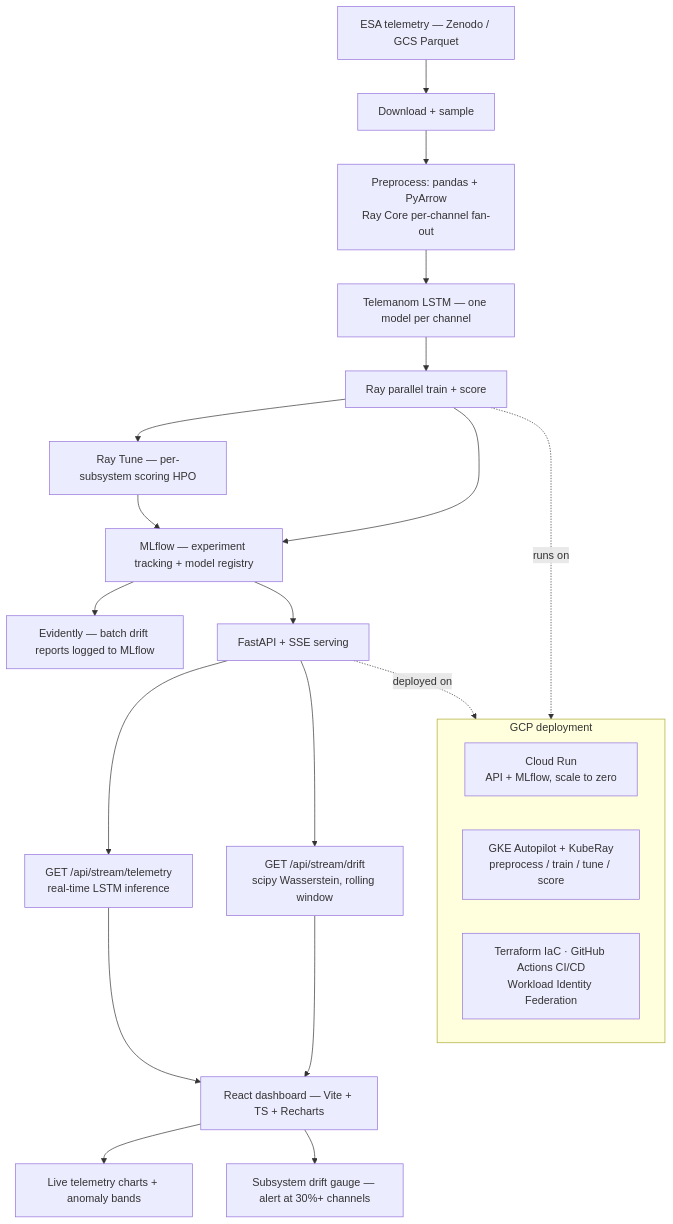
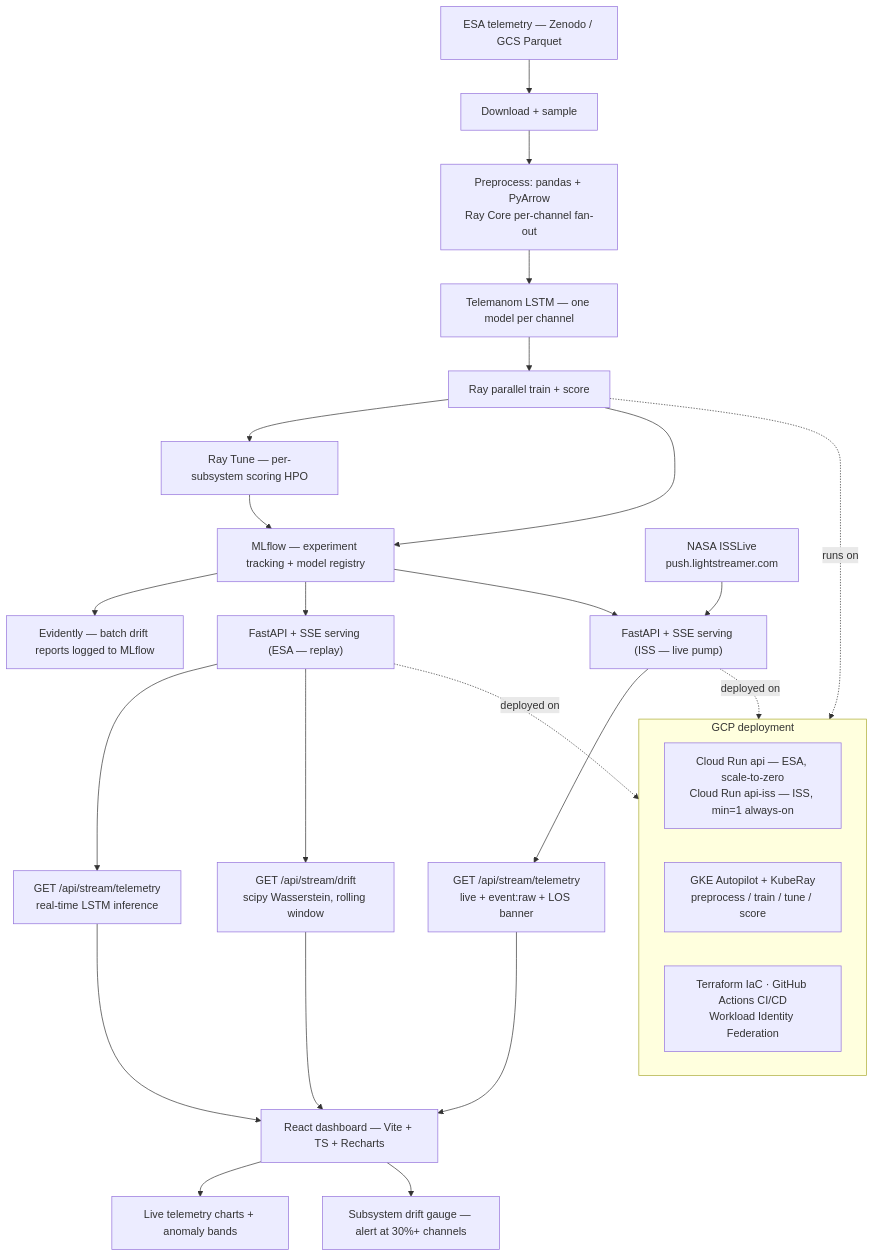
The diagram in README.md (loganrudd/spacecraft-telemetry-anomaly-detection), drawn with Mermaid before and after one commit. The commit also changed other lines of this file and 2 other files, not shown here.

First line of the commit message:
Docs + rules update for Phase 17 live pump (Step 8)

````diff
--- a/README.md
+++ b/README.md
@@ -82,28 +87,33 @@
 ```mermaid
 flowchart TD
     A["ESA telemetry — Zenodo / GCS Parquet"] --> B["Download + sample"]
     B --> C["Preprocess: pandas + PyArrow<br/>Ray Core per-channel fan-out"]
     C --> D["Telemanom LSTM — one model per channel"]
     D --> E["Ray parallel train + score"]
     E --> F["Ray Tune — per-subsystem scoring HPO"]
     E --> G["MLflow — experiment tracking + model registry"]
     F --> G
     G --> H["Evidently — batch drift reports logged to MLflow"]
-    G --> I["FastAPI + SSE serving"]
+    G --> I["FastAPI + SSE serving (ESA — replay)"]
+    G --> J["FastAPI + SSE serving (ISS — live pump)"]
+    LS["NASA ISSLive<br/>push.lightstreamer.com"] --> J
     I --> K["GET /api/stream/telemetry<br/>real-time LSTM inference"]
+    J --> K2["GET /api/stream/telemetry<br/>live + event:raw + LOS banner"]
     I --> L["GET /api/stream/drift<br/>scipy Wasserstein, rolling window"]
     K --> M["React dashboard — Vite + TS + Recharts"]
+    K2 --> M
     L --> M
     M --> N["Live telemetry charts + anomaly bands"]
     M --> O["Subsystem drift gauge — alert at 30%+ channels"]
 
     subgraph CLOUD ["GCP deployment"]
         direction LR
-        P["Cloud Run<br/>API + MLflow, scale to zero"]
+        P["Cloud Run api — ESA, scale-to-zero<br/>Cloud Run api-iss — ISS, min=1 always-on"]
         Q["GKE Autopilot + KubeRay<br/>preprocess / train / tune / score"]
         R["Terraform IaC · GitHub Actions CI/CD<br/>Workload Identity Federation"]
     end
 
     I -. deployed on .-> P
+    J -. deployed on .-> P
     E -. runs on .-> Q
 ```
````
